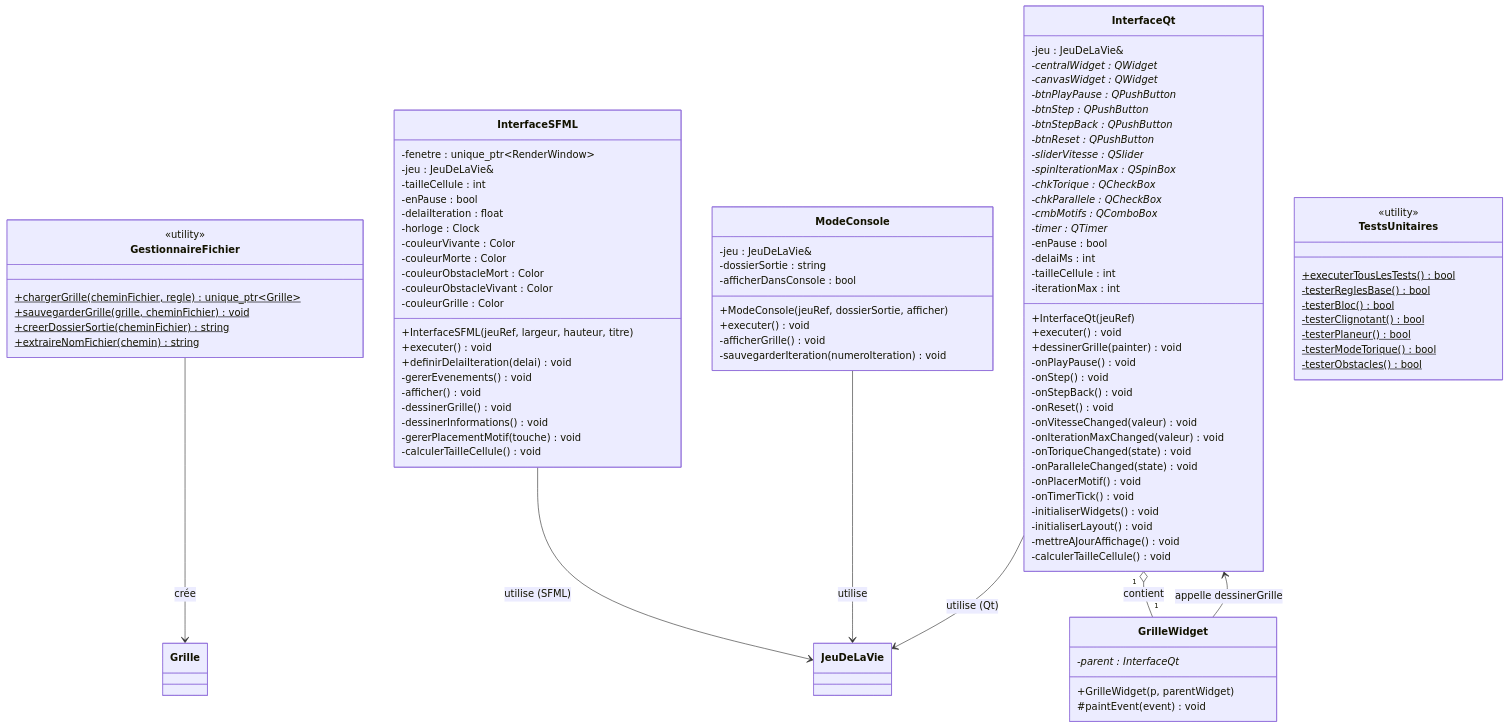
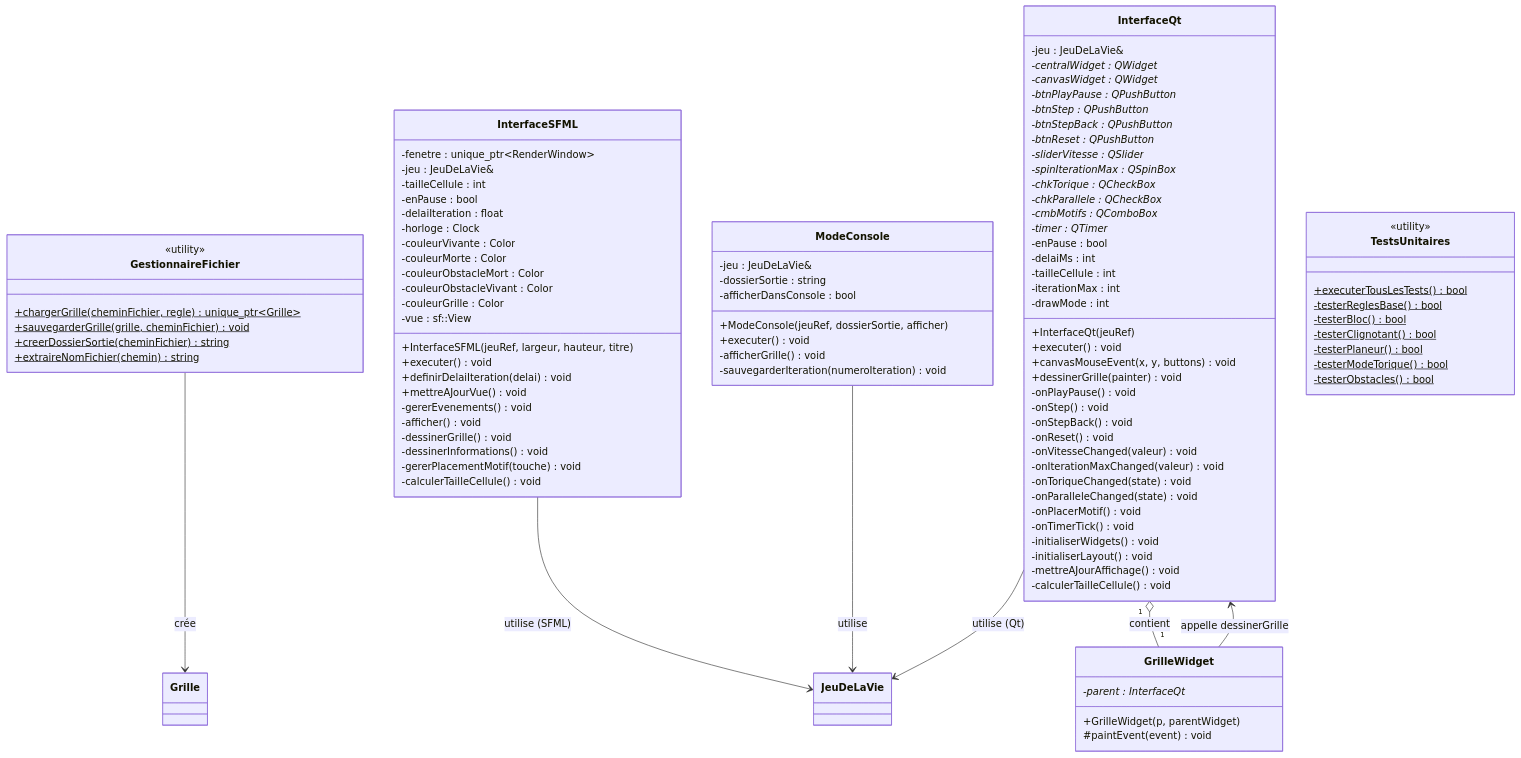
The fourth of 11 diagrams in CONCEPTION.md (kira-mari/jeu-de-la-vie), drawn with Mermaid before and after one commit. The commit also changed other lines of this file and 7 other files, not shown here.

```diff
--- a/CONCEPTION.md
+++ b/CONCEPTION.md
@@ -153,9 +154,11 @@
         -couleurObstacleMort : Color
         -couleurObstacleVivant : Color
         -couleurGrille : Color
+        -vue : sf::View
         +InterfaceSFML(jeuRef, largeur, hauteur, titre)
         +executer() void
         +definirDelaiIteration(delai) void
+        +mettreAJourVue() void
         -gererEvenements() void
         -afficher() void
         -dessinerGrille() void
@@ -182,8 +185,10 @@
         -delaiMs : int
         -tailleCellule : int
         -iterationMax : int
+        -drawMode : int
         +InterfaceQt(jeuRef)
         +executer() void
+        +canvasMouseEvent(x, y, buttons) void
         +dessinerGrille(painter) void
         -onPlayPause() void
         -onStep() void
```
